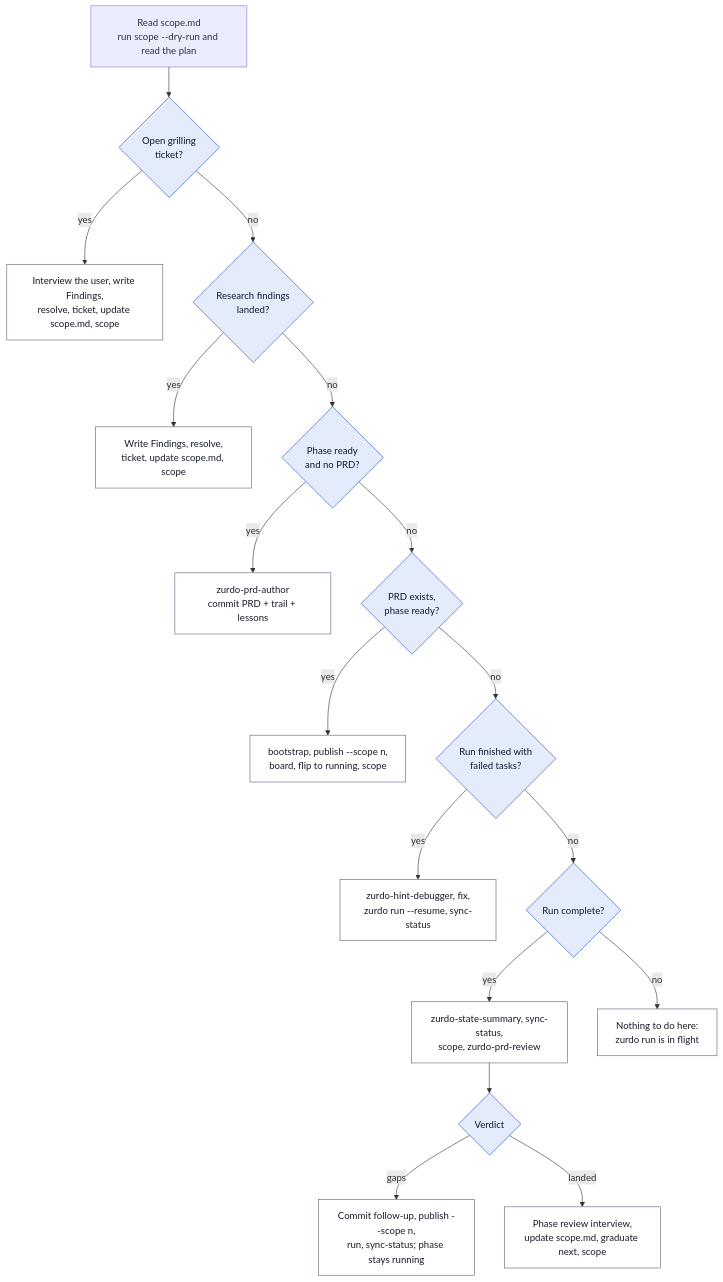
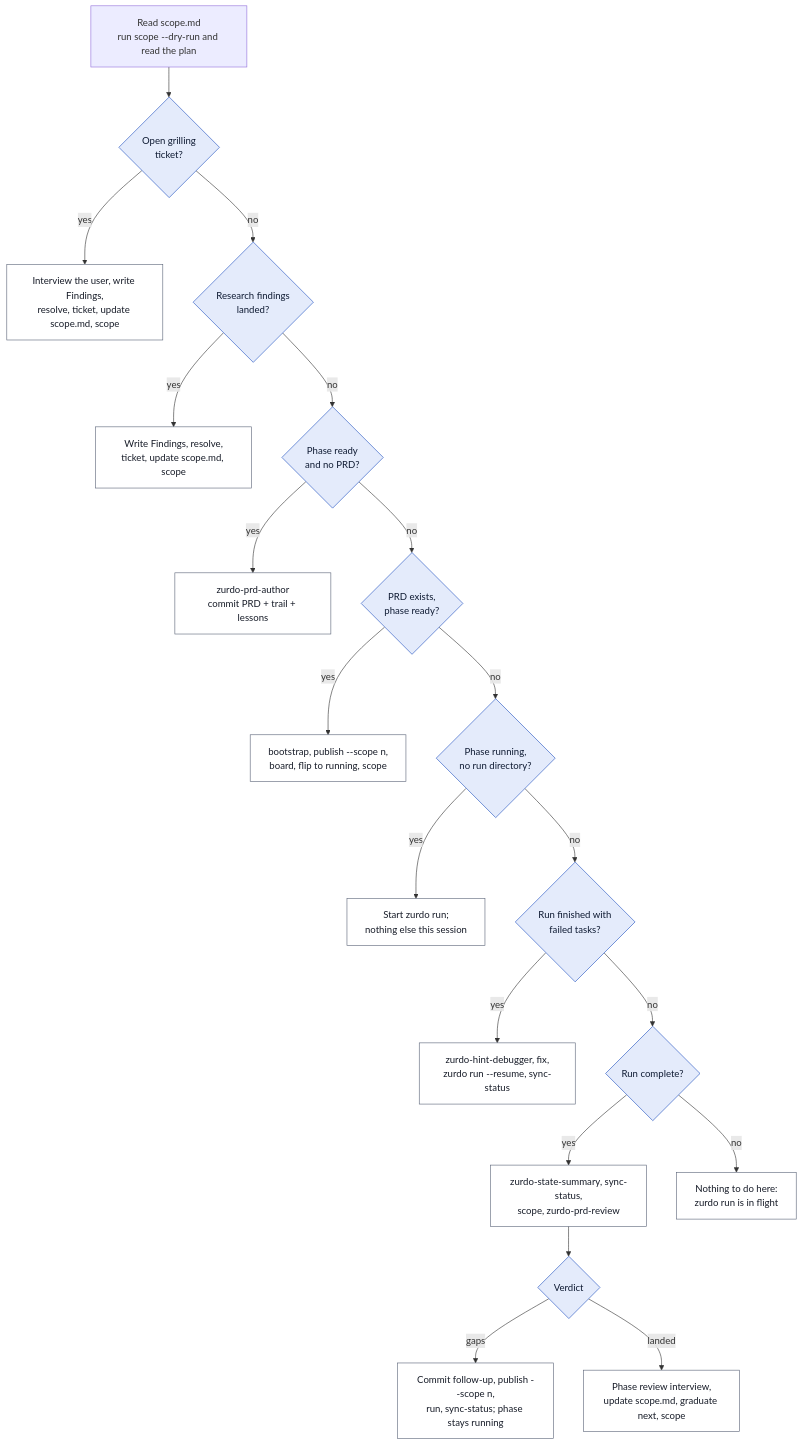
One commit to ElOrlis/perro-skills changed the sixth of 7 diagrams in docs/guides/zurdo-github-journey.md. Above: the diagram before and after it, drawn with Mermaid. The commit also changed other lines of this file and 15 other files, not shown here.

First line of the commit message:
feat: add zurdo-handoff and zurdo-wayfinder session skills

````diff
--- a/docs/guides/zurdo-github-journey.md
+++ b/docs/guides/zurdo-github-journey.md
@@ -374,23 +376,25 @@
 ```mermaid
 flowchart TD
   S["Read scope.md<br/>run scope --dry-run and read the plan"] --> Q1{Open grilling<br/>ticket?}
   Q1 -- yes --> A1["Interview the user, write Findings,<br/>resolve, ticket, update scope.md, scope"]
   Q1 -- no --> Q2{Research findings<br/>landed?}
   Q2 -- yes --> A2["Write Findings, resolve,<br/>ticket, update scope.md, scope"]
   Q2 -- no --> Q3{Phase ready<br/>and no PRD?}
   Q3 -- yes --> A3["zurdo-prd-author<br/>commit PRD + trail + lessons"]
   Q3 -- no --> Q4{PRD exists,<br/>phase ready?}
   Q4 -- yes --> A4["bootstrap, publish --scope n,<br/>board, flip to running, scope"]
-  Q4 -- no --> Q5{Run finished with<br/>failed tasks?}
+  Q4 -- no --> Q4b{Phase running,<br/>no run directory?}
+  Q4b -- yes --> A4b["Start zurdo run;<br/>nothing else this session"]
+  Q4b -- no --> Q5{Run finished with<br/>failed tasks?}
   Q5 -- yes --> A5["zurdo-hint-debugger, fix,<br/>zurdo run --resume, sync-status"]
   Q5 -- no --> Q6{Run complete?}
   Q6 -- yes --> A6["zurdo-state-summary, sync-status,<br/>scope, zurdo-prd-review"]
   A6 --> Q7{Verdict}
   Q7 -- gaps --> A7["Commit follow-up, publish --scope n,<br/>run, sync-status; phase stays running"]
   Q7 -- landed --> A8["Phase review interview,<br/>update scope.md, graduate next, scope"]
   Q6 -- no --> W["Nothing to do here:<br/>zurdo run is in flight"]
   classDef q fill:#E4EBFB,stroke:#1F4FBF,color:#0F1B33;
   classDef a fill:#FFFFFF,stroke:#5B6478,color:#171C28;
-  class Q1,Q2,Q3,Q4,Q5,Q6,Q7 q;
-  class A1,A2,A3,A4,A5,A6,A7,A8,W a;
+  class Q1,Q2,Q3,Q4,Q4b,Q5,Q6,Q7 q;
+  class A1,A2,A3,A4,A4b,A5,A6,A7,A8,W a;
 ```
````
